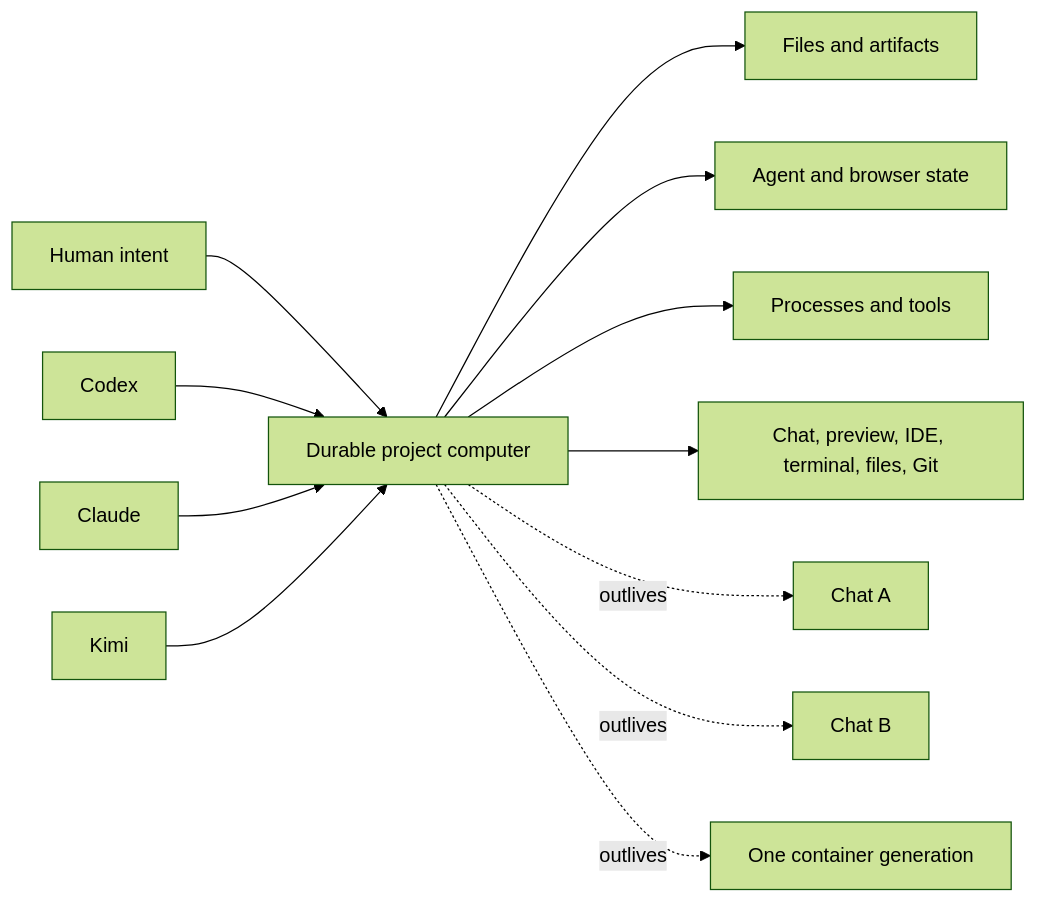
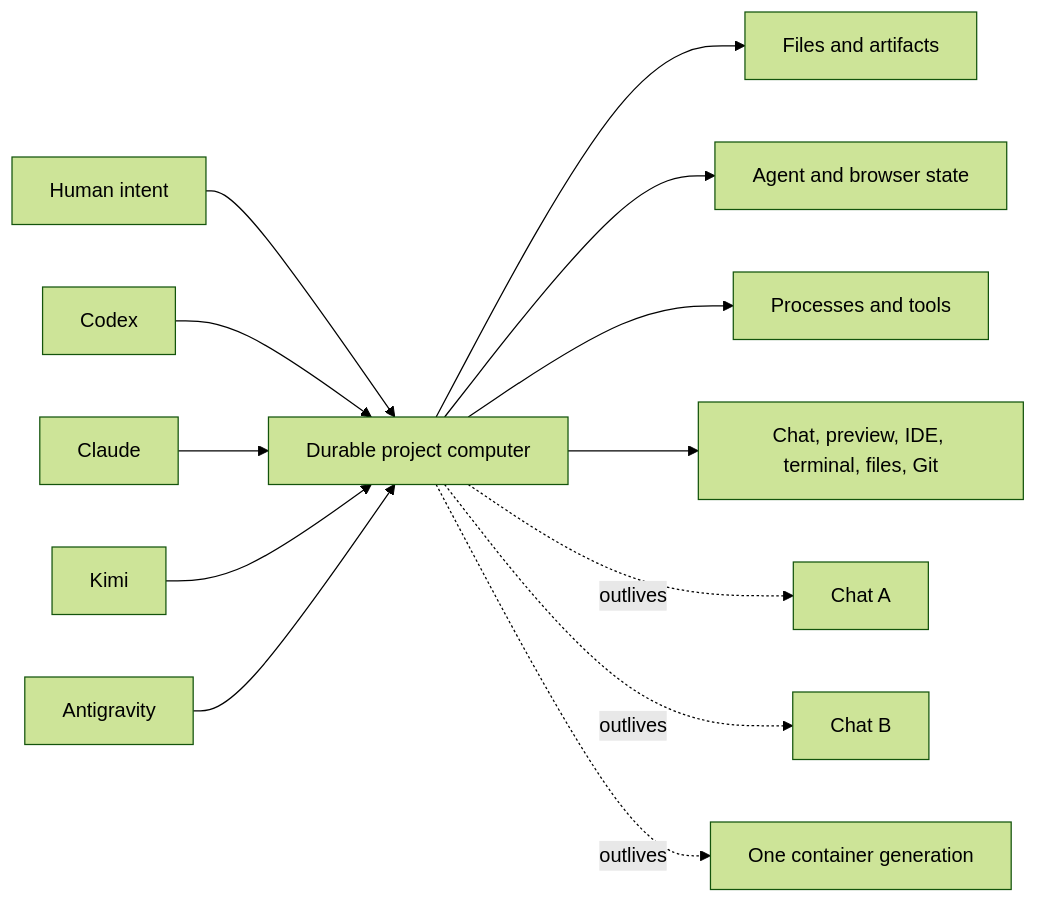
The second of 8 diagrams in docs/01-overview/00-philosophy.md (AbdallahMohamedDotnet/remote.futrx), drawn with Mermaid (forest theme) before and after one commit. The commit also changed other lines of this file and 25 other files, not shown here.

````diff
--- a/docs/01-overview/00-philosophy.md
+++ b/docs/01-overview/00-philosophy.md
@@ -87,16 +87,17 @@
 ```mermaid
 flowchart LR
     Human["Human intent"] --> Project["Durable project computer"]
     Project --> Work["Files and artifacts"]
     Project --> State["Agent and browser state"]
     Project --> Runtime["Processes and tools"]
     Project --> Surfaces["Chat, preview, IDE, terminal, files, Git"]
 
     Codex["Codex"] --> Project
     Claude["Claude"] --> Project
     Kimi["Kimi"] --> Project
+    Antigravity["Antigravity"] --> Project
 
     Project -. "outlives" .-> ChatA["Chat A"]
     Project -. "outlives" .-> ChatB["Chat B"]
     Project -. "outlives" .-> Container["One container generation"]
 ```
````
